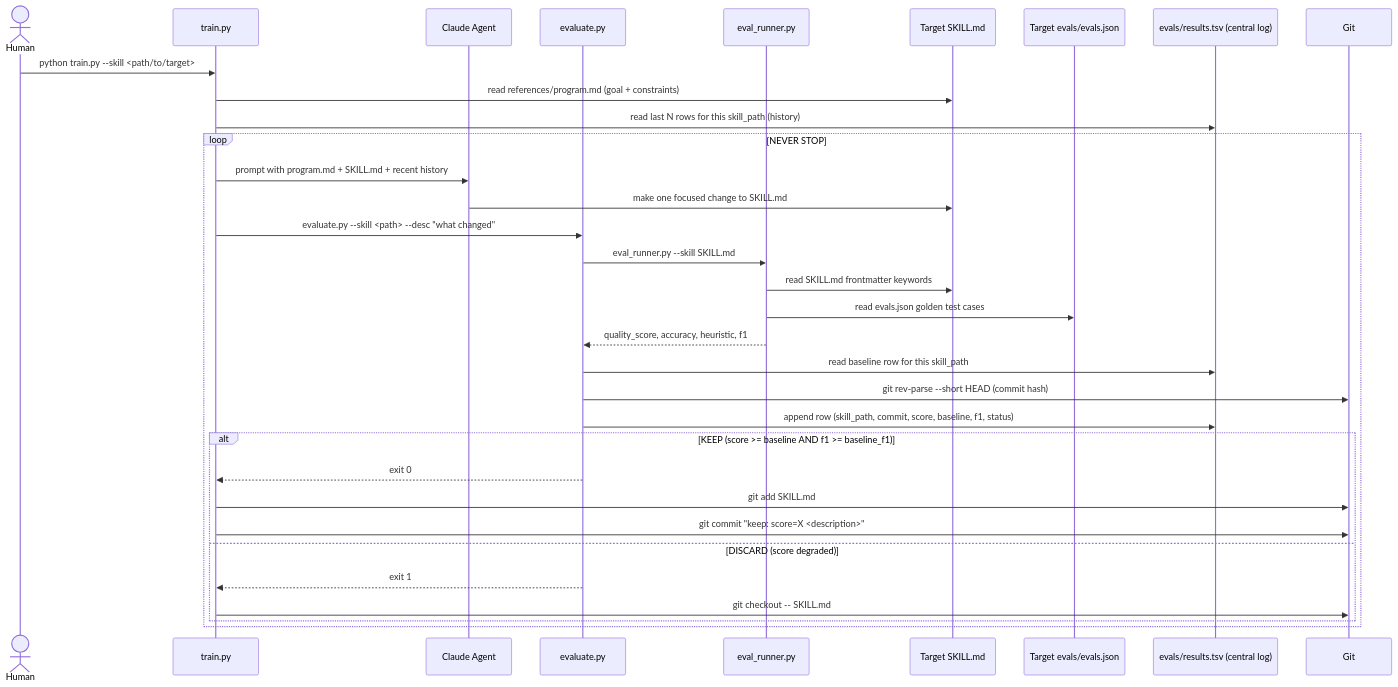
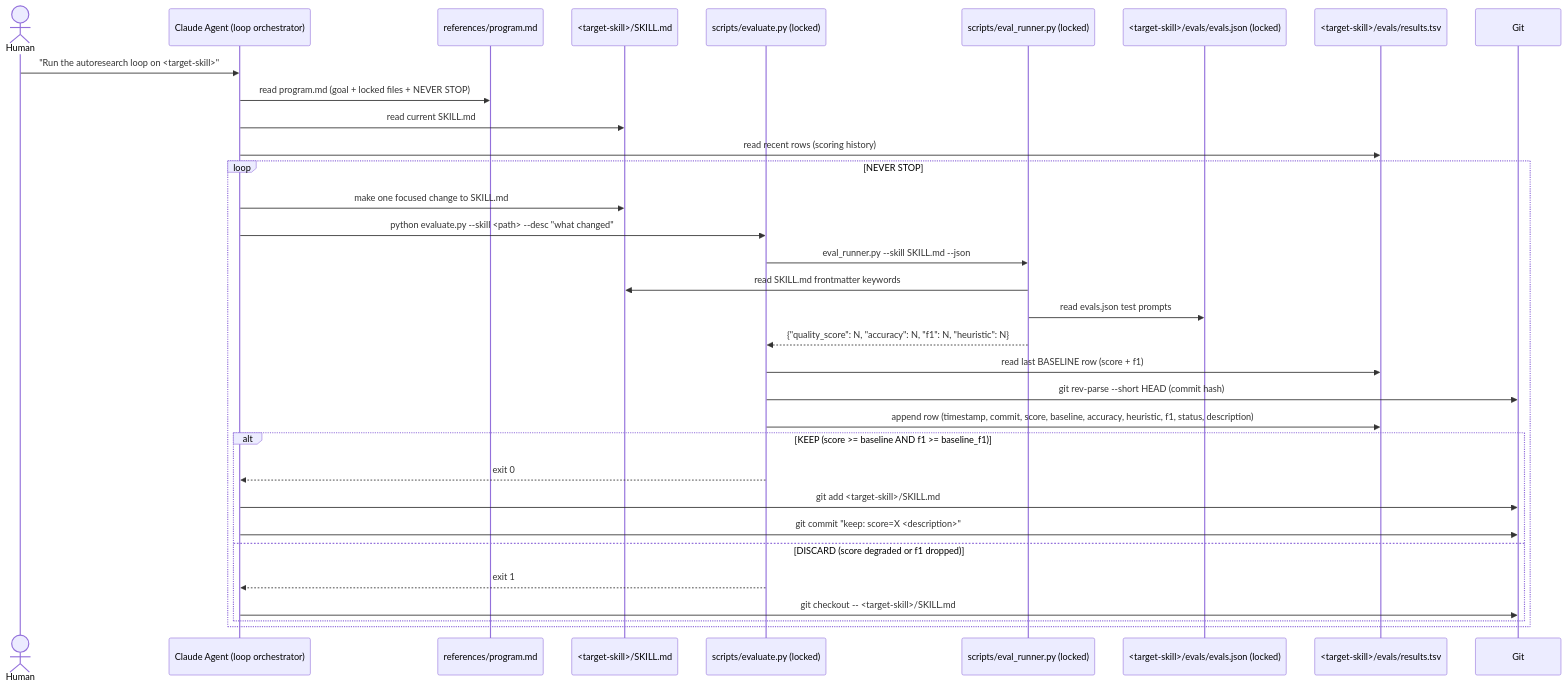
One commit to richfrem/agent-plugins-skills changed the diagram in plugins/agent-agentic-os/skills/skill-improvement-eval/references/diagrams/autoresearch-loop.mmd. Above: the diagram before and after it, drawn with Mermaid. The commit also changed 1 other file, not shown here.

Commit message:
docs(skill-improvement-eval): update architecture and loop diagram with red-team findings
- autoresearch-architecture.md: add Karpathy 3-component mapping table with
  file locations, Current State vs Target State table, and Known Risks table
  (Baseline F1 guard disabled, double evaluator call, eval_runner side effects,
  weak lock enforcement, meta-circular risk) — incorporates Gemini and Grok feedback
- autoresearch-loop.mmd: redrawn to show agent as loop orchestrator (no train.py),
  correct results.tsv location in <target-skill>/evals/, single eval_runner call
  from evaluate.py, KEEP condition now includes f1 guard

```diff
--- a/plugins/agent-agentic-os/skills/skill-improvement-eval/references/diagrams/autoresearch-loop.mmd
+++ b/plugins/agent-agentic-os/skills/skill-improvement-eval/references/diagrams/autoresearch-loop.mmd
@@ -1,42 +1,42 @@
 sequenceDiagram
     actor Human
-    participant train.py
-    participant Agent as Claude Agent
-    participant evaluate.py
-    participant eval_runner.py
-    participant TargetSkill as Target SKILL.md
-    participant TargetEvals as Target evals/evals.json
-    participant CentralLog as evals/results.tsv (central log)
+    participant Agent as Claude Agent (loop orchestrator)
+    participant ProgramMD as references/program.md
+    participant TargetSkill as <target-skill>/SKILL.md
+    participant EvaluatePY as scripts/evaluate.py (locked)
+    participant EvalRunnerPY as scripts/eval_runner.py (locked)
+    participant TargetEvals as <target-skill>/evals/evals.json (locked)
+    participant TargetLog as <target-skill>/evals/results.tsv
     participant Git
 
-    Human->>train.py: python train.py --skill <path/to/target>
+    Human->>Agent: "Run the autoresearch loop on <target-skill>"
 
-    train.py->>TargetSkill: read references/program.md (goal + constraints)
-    train.py->>CentralLog: read last N rows for this skill_path (history)
+    Agent->>ProgramMD: read program.md (goal + locked files + NEVER STOP)
+    Agent->>TargetSkill: read current SKILL.md
+    Agent->>TargetLog: read recent rows (scoring history)
 
     loop NEVER STOP
 
-        train.py->>Agent: prompt with program.md + SKILL.md + recent history
         Agent->>TargetSkill: make one focused change to SKILL.md
 
-        train.py->>evaluate.py: evaluate.py --skill <path> --desc "what changed"
+        Agent->>EvaluatePY: python evaluate.py --skill <path> --desc "what changed"
 
-        evaluate.py->>eval_runner.py: eval_runner.py --skill SKILL.md
-        eval_runner.py->>TargetSkill: read SKILL.md frontmatter keywords
-        eval_runner.py->>TargetEvals: read evals.json golden test cases
-        eval_runner.py-->>evaluate.py: quality_score, accuracy, heuristic, f1
+        EvaluatePY->>EvalRunnerPY: eval_runner.py --skill SKILL.md --json
+        EvalRunnerPY->>TargetSkill: read SKILL.md frontmatter keywords
+        EvalRunnerPY->>TargetEvals: read evals.json test prompts
+        EvalRunnerPY-->>EvaluatePY: {"quality_score": N, "accuracy": N, "f1": N, "heuristic": N}
 
-        evaluate.py->>CentralLog: read baseline row for this skill_path
-        evaluate.py->>Git: git rev-parse --short HEAD (commit hash)
-        evaluate.py->>CentralLog: append row (skill_path, commit, score, baseline, f1, status)
+        EvaluatePY->>TargetLog: read last BASELINE row (score + f1)
+        EvaluatePY->>Git: git rev-parse --short HEAD (commit hash)
+        EvaluatePY->>TargetLog: append row (timestamp, commit, score, baseline, accuracy, heuristic, f1, status, description)
 
         alt KEEP (score >= baseline AND f1 >= baseline_f1)
-            evaluate.py-->>train.py: exit 0
-            train.py->>Git: git add SKILL.md
-            train.py->>Git: git commit "keep: score=X <description>"
-        else DISCARD (score degraded)
-            evaluate.py-->>train.py: exit 1
-            train.py->>Git: git checkout -- SKILL.md
+            EvaluatePY-->>Agent: exit 0
+            Agent->>Git: git add <target-skill>/SKILL.md
+            Agent->>Git: git commit "keep: score=X <description>"
+        else DISCARD (score degraded or f1 dropped)
+            EvaluatePY-->>Agent: exit 1
+            Agent->>Git: git checkout -- <target-skill>/SKILL.md
         end
 
     end
```
